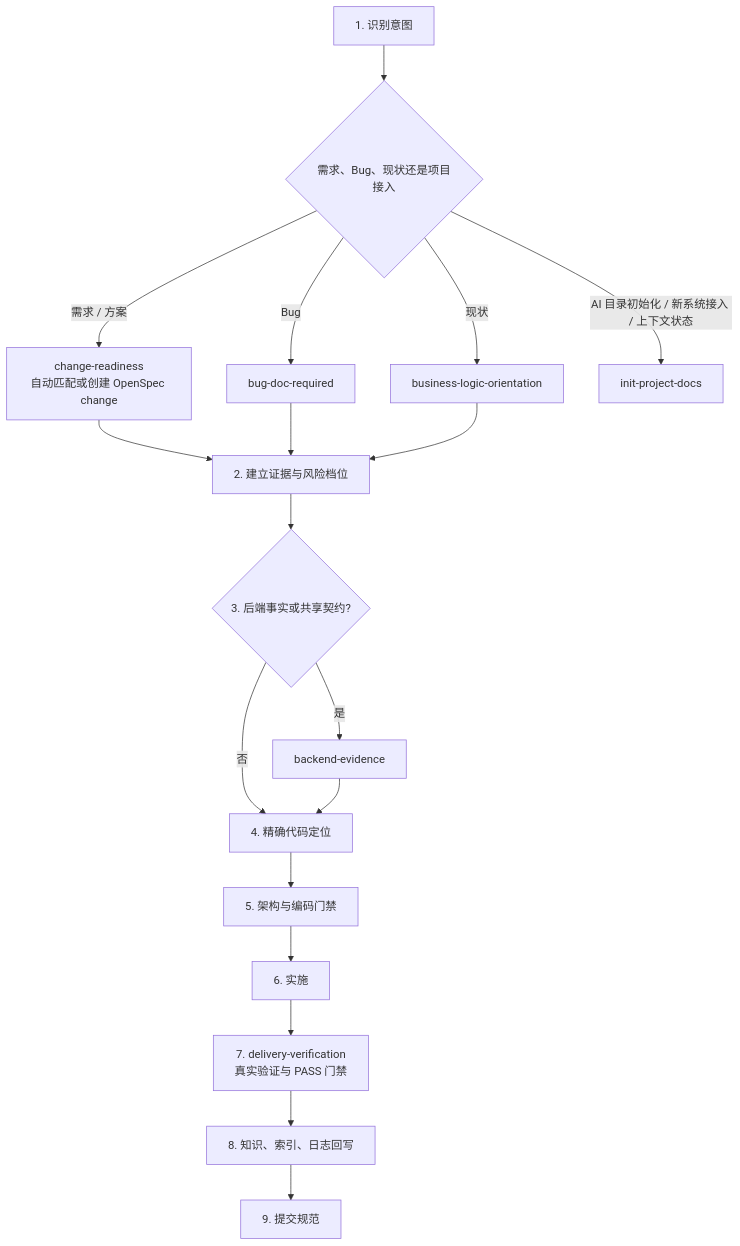
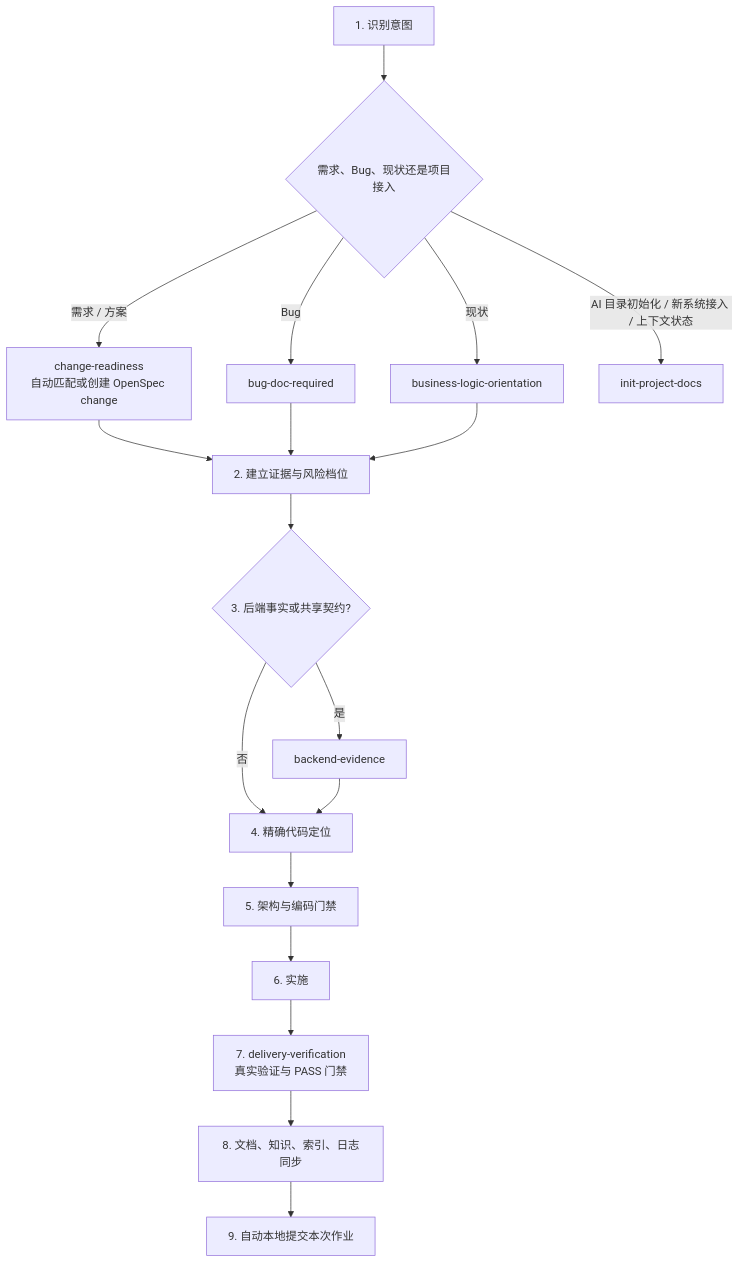
The first of 2 diagrams in docs/skill-flow.md (exception-coder/team-standards), drawn with Mermaid before and after one commit. The commit also changed other lines of this file and 16 other files, not shown here.

````diff
--- a/docs/skill-flow.md
+++ b/docs/skill-flow.md
@@ -9,20 +9,20 @@
 ```mermaid
 flowchart TD
     A["1. 识别意图"] --> B{"需求、Bug、现状还是项目接入"}
     B -->|"需求 / 方案"| C["change-readiness\n自动匹配或创建 OpenSpec change"]
     B -->|"Bug"| D["bug-doc-required"]
     B -->|"现状"| E["business-logic-orientation"]
     B -->|"AI 目录初始化 / 新系统接入 / 上下文状态"| F["init-project-docs"]
     C --> G["2. 建立证据与风险档位"]
     D --> G
     E --> G
     G --> H{"3. 后端事实或共享契约?"}
     H -->|"是"| I["backend-evidence"]
     H -->|"否"| J["4. 精确代码定位"]
     I --> J
     J --> K["5. 架构与编码门禁"]
     K --> L["6. 实施"]
     L --> V["7. delivery-verification\n真实验证与 PASS 门禁"]
-    V --> M["8. 知识、索引、日志回写"]
-    M --> N["9. 提交规范"]
+    V --> M["8. 文档、知识、索引、日志同步"]
+    M --> N["9. 自动本地提交本次作业"]
 ```
````
